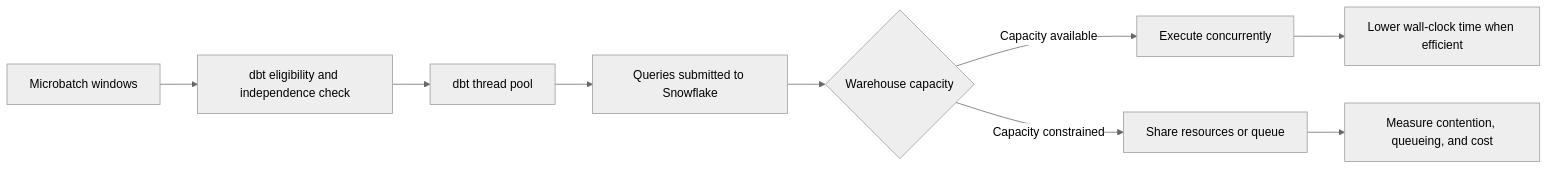
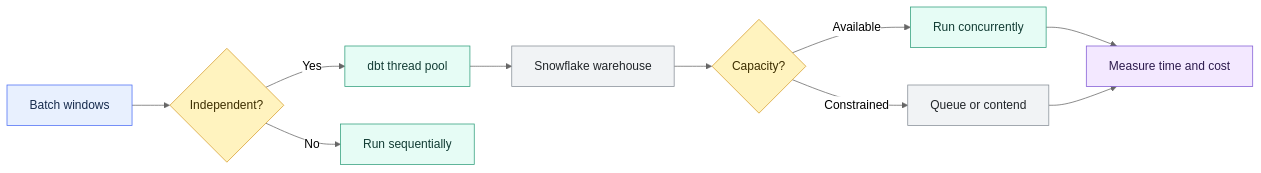
Before and after one commit to shonningsoy/Upskill: the first of 2 diagrams in 02 dbt/04 Incremental Processing and Performance/34 Parallel Microbatch Execution.md, drawn with Mermaid (neutral theme). The commit also changed other lines of this file and 31 other files, not shown here.

````diff
--- a/02 dbt/04 Incremental Processing and Performance/34 Parallel Microbatch Execution.md
+++ b/02 dbt/04 Incremental Processing and Performance/34 Parallel Microbatch Execution.md
@@ -78,11 +79,23 @@
 ```mermaid
 flowchart LR
-    A[Microbatch windows] --> B[dbt eligibility and independence check]
-    B --> C[dbt thread pool]
-    C --> D[Queries submitted to Snowflake]
-    D --> E{Warehouse capacity}
-    E -->|Capacity available| F[Execute concurrently]
-    E -->|Capacity constrained| G[Share resources or queue]
-    F --> H[Lower wall-clock time when efficient]
-    G --> I[Measure contention, queueing, and cost]
+    A[Batch windows] --> B{Independent?}
+    B -->|Yes| C[dbt thread pool]
+    B -->|No| D[Run sequentially]
+    C --> E[Snowflake warehouse]
+    E --> F{Capacity?}
+    F -->|Available| G[Run concurrently]
+    F -->|Constrained| H[Queue or contend]
+    G --> I[Measure time and cost]
+    H --> I
+
+    classDef input fill:#E8F0FE,stroke:#4C6EF5,color:#172B4D
+    classDef control fill:#FFF3BF,stroke:#D69E2E,color:#3D2E00
+    classDef dbt fill:#E6FCF5,stroke:#2F9E7B,color:#123C34
+    classDef platform fill:#F1F3F5,stroke:#868E96,color:#212529
+    classDef output fill:#F3E8FF,stroke:#805AD5,color:#2D1B4E
+    class A input
+    class B,F control
+    class C,D,G dbt
+    class E,H platform
+    class I output
 ```
````
